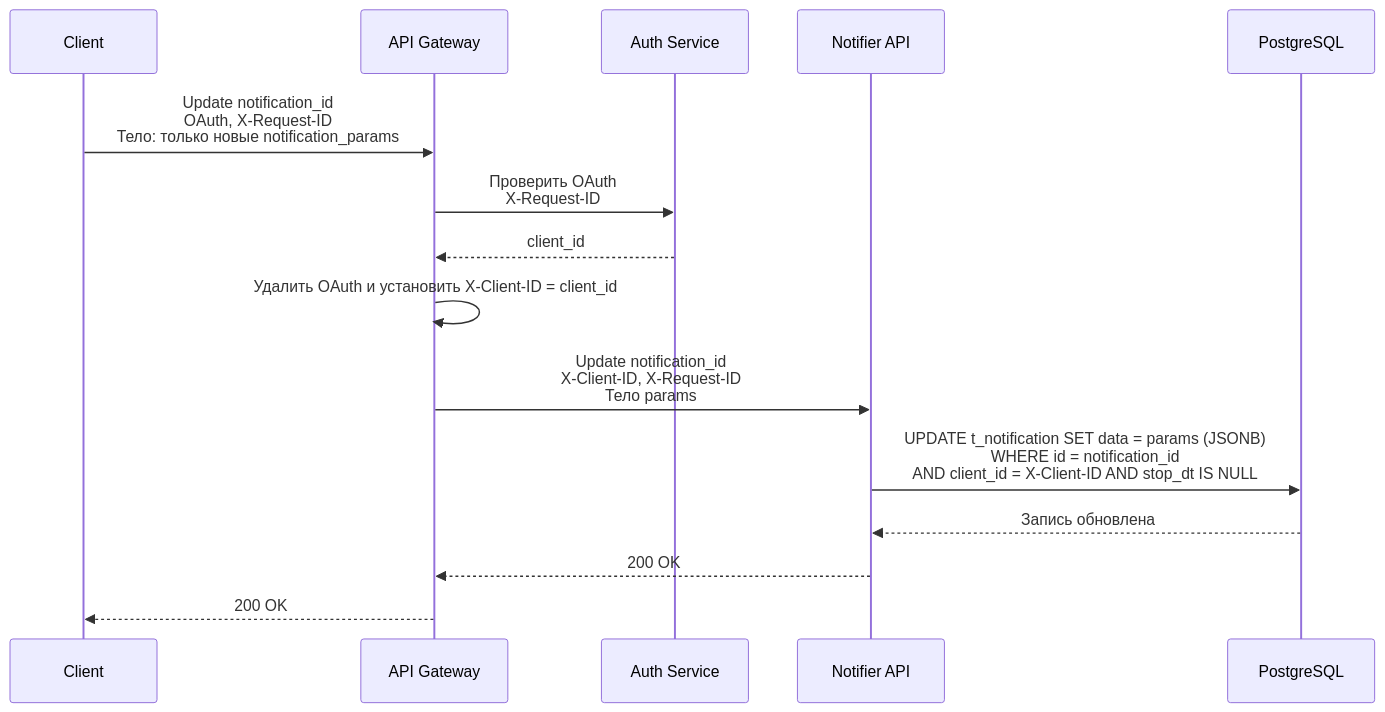
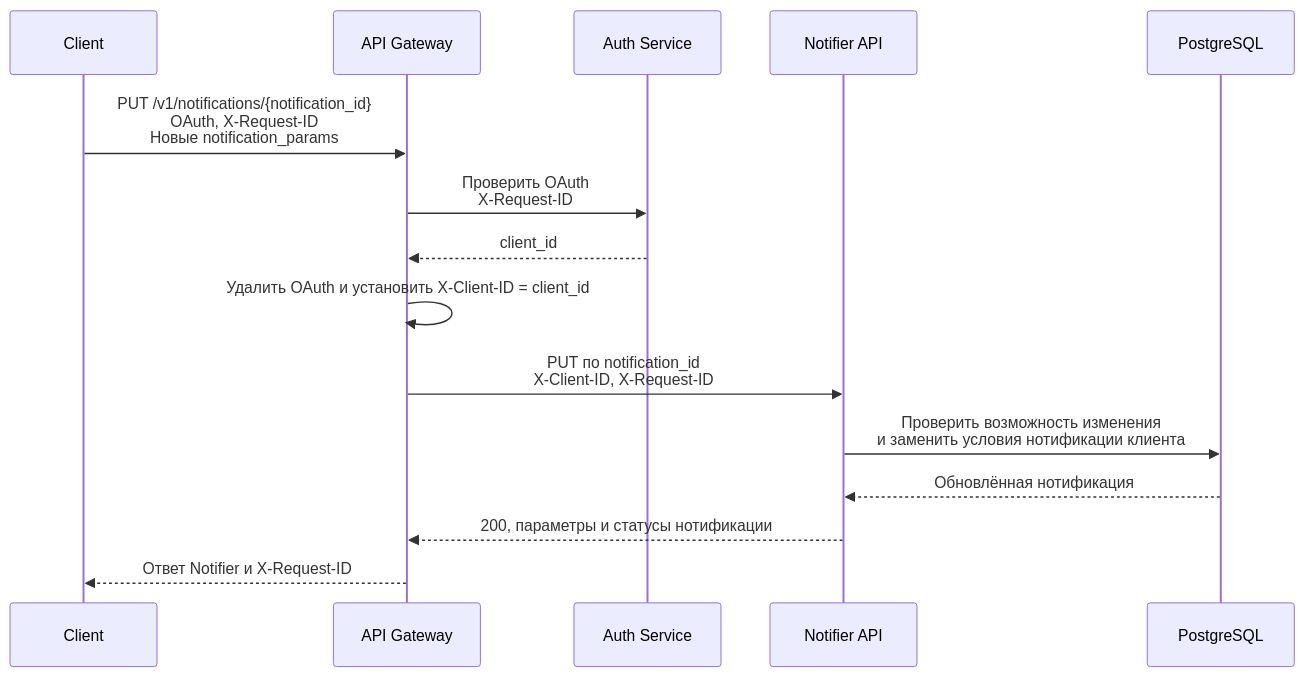
One commit to ssunshineguy/notifier changed the third of 6 diagrams in README.md. Above: the diagram before and after it, drawn with Mermaid. The commit also changed other lines of this file, not shown here.

Commit message:
Update README diagrams and local development instructions

````diff
--- a/README.md
+++ b/README.md
@@ -85,18 +100,18 @@
 ```mermaid
 sequenceDiagram
     participant C as Client
     participant G as API Gateway
     participant A as Auth Service
     participant N as Notifier API
     participant DB as PostgreSQL
 
-    C->>G: Update notification_id<br/>OAuth, X-Request-ID<br/>Тело: только новые notification_params
+    C->>G: PUT /v1/notifications/{notification_id}<br/>OAuth, X-Request-ID<br/>Новые notification_params
     G->>A: Проверить OAuth<br/>X-Request-ID
     A-->>G: client_id
     G->>G: Удалить OAuth и установить X-Client-ID = client_id
-    G->>N: Update notification_id<br/>X-Client-ID, X-Request-ID<br/>Тело params
-    N->>DB: UPDATE t_notification SET data = params (JSONB)<br/>WHERE id = notification_id<br/>AND client_id = X-Client-ID AND stop_dt IS NULL
-    DB-->>N: Запись обновлена
-    N-->>G: 200 OK
-    G-->>C: 200 OK
+    G->>N: PUT по notification_id<br/>X-Client-ID, X-Request-ID
+    N->>DB: Проверить возможность изменения<br/>и заменить условия нотификации клиента
+    DB-->>N: Обновлённая нотификация
+    N-->>G: 200, параметры и статусы нотификации
+    G-->>C: Ответ Notifier и X-Request-ID
 ```
````
